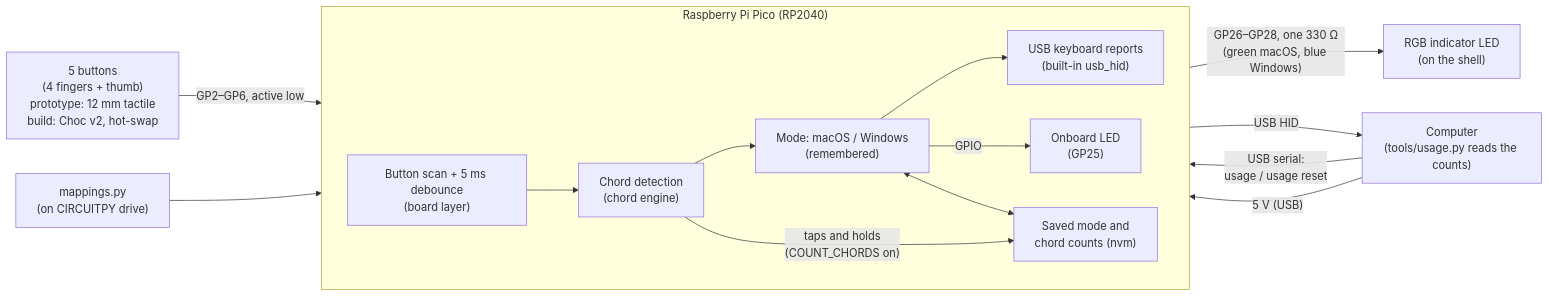
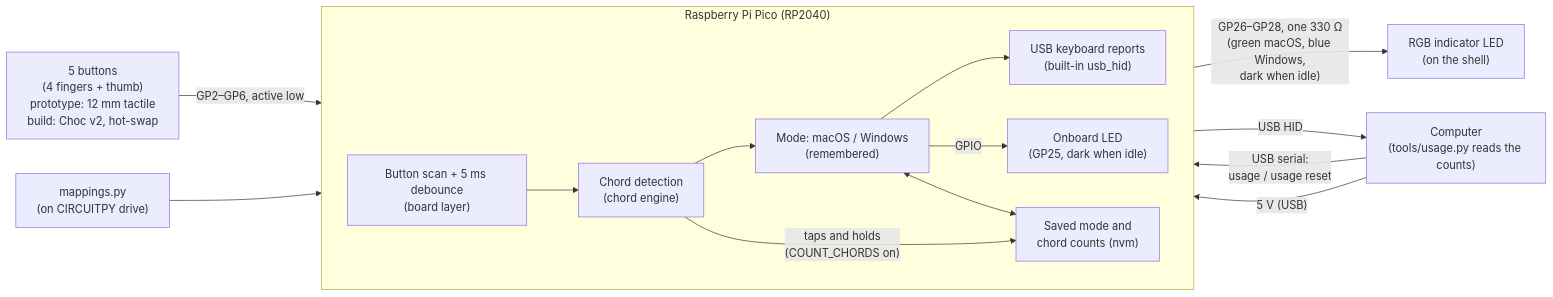
Before and after one commit to malkam03/handful: the first of 3 diagrams in docs/architecture.md, drawn with Mermaid. The commit also changed other lines of this file and 9 other files, not shown here.

````diff
--- a/docs/architecture.md
+++ b/docs/architecture.md
@@ -13,27 +13,27 @@
 ```mermaid
 flowchart LR
     buttons["5 buttons<br/>(4 fingers + thumb)<br/>prototype: 12 mm tactile<br/>build: Choc v2, hot-swap"]
     subgraph pico["Raspberry Pi Pico (RP2040)"]
         direction LR
         scan["Button scan + 5 ms debounce<br/>(board layer)"]
         chord["Chord detection<br/>(chord engine)"]
         mode["Mode: macOS / Windows<br/>(remembered)"]
         hid["USB keyboard reports<br/>(built-in usb_hid)"]
-        led["Onboard LED<br/>(GP25)"]
+        led["Onboard LED<br/>(GP25, dark when idle)"]
         scan --> chord --> mode --> hid
         mode -- GPIO --> led
         nvm["Saved mode and<br/>chord counts (nvm)"]
         mode <--> nvm
         chord -- "taps and holds<br/>(COUNT_CHORDS on)" --> nvm
     end
     config["mappings.py<br/>(on CIRCUITPY drive)"]
     rgb["RGB indicator LED<br/>(on the shell)"]
     host["Computer<br/>(tools/usage.py reads the counts)"]
 
     buttons -- "GP2–GP6, active low" --> scan
-    mode -- "GP26–GP28, one 330 Ω<br/>(green macOS, blue Windows)" --> rgb
+    mode -- "GP26–GP28, one 330 Ω<br/>(green macOS, blue Windows,<br/>dark when idle)" --> rgb
     config --> mode
     hid -- USB HID --> host
     host -- "USB serial:<br/>usage / usage reset" --> nvm
     host -- "5 V (USB)" --> pico
 ```
````
